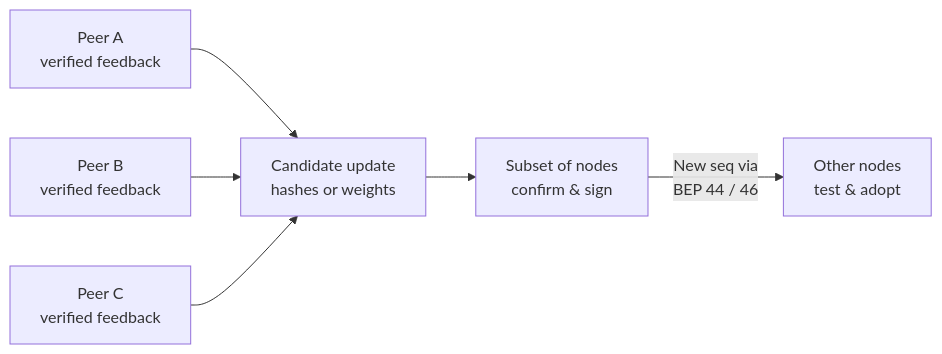
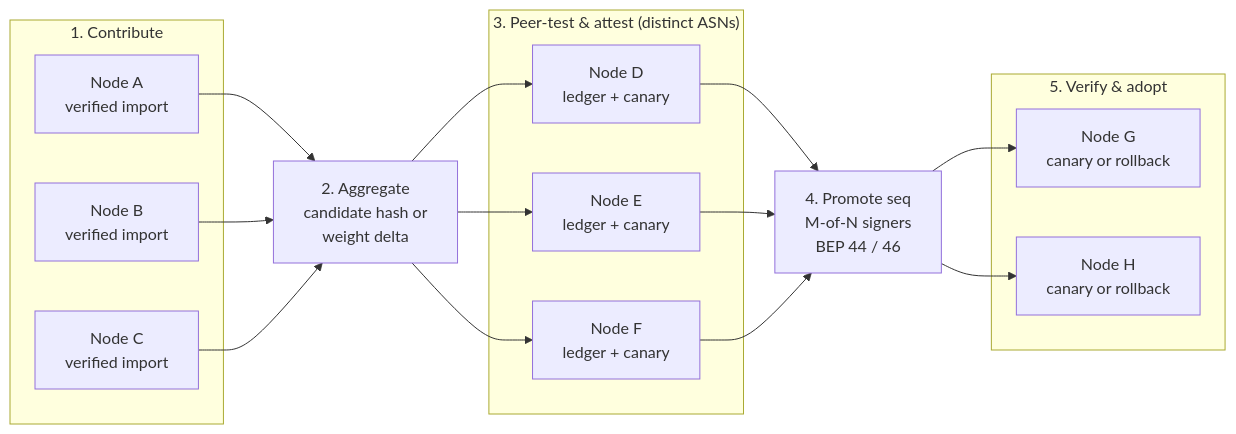
One commit to spencernorton/armiger changed the diagram in docs/distributed-updates.md. Above: the diagram before and after it, drawn with Mermaid. The commit also changed other lines of this file and 1 other file, not shown here.

Commit message:
docs: show contributing, attesting and receiving node groups in diagram (#33)

````diff
--- a/docs/distributed-updates.md
+++ b/docs/distributed-updates.md
@@ -35,8 +35,23 @@
 ```mermaid
 flowchart LR
-    p1["Peer A<br/>verified feedback"] --> cand["Candidate update<br/>hashes or weights"]
-    p2["Peer B<br/>verified feedback"] --> cand
-    p3["Peer C<br/>verified feedback"] --> cand
-    cand --> quorum["Subset of nodes<br/>confirm & sign"]
-    quorum -->|New seq via<br/>BEP 44 / 46| adopt["Other nodes<br/>test & adopt"]
+    subgraph s1["1. Contribute"]
+        a["Node A<br/>verified import"]
+        b["Node B<br/>verified import"]
+        c["Node C<br/>verified import"]
+    end
+    agg["2. Aggregate<br/>candidate hash or<br/>weight delta"]
+    subgraph s3["3. Peer-test & attest (distinct ASNs)"]
+        d["Node D<br/>ledger + canary"]
+        e["Node E<br/>ledger + canary"]
+        f["Node F<br/>ledger + canary"]
+    end
+    pub["4. Promote seq<br/>M-of-N signers<br/>BEP 44 / 46"]
+    subgraph s5["5. Verify & adopt"]
+        g["Node G<br/>canary or rollback"]
+        h["Node H<br/>canary or rollback"]
+    end
+    a & b & c --> agg
+    agg --> d & e & f
+    d & e & f --> pub
+    pub --> g & h
 ```
````
